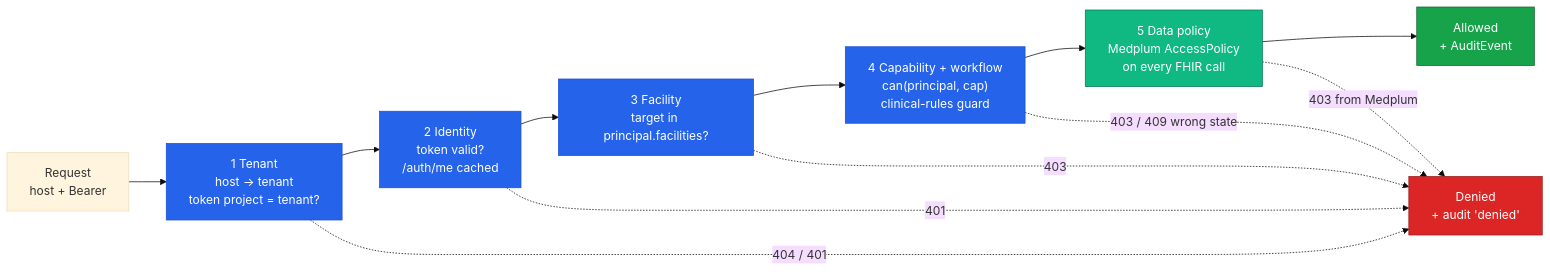
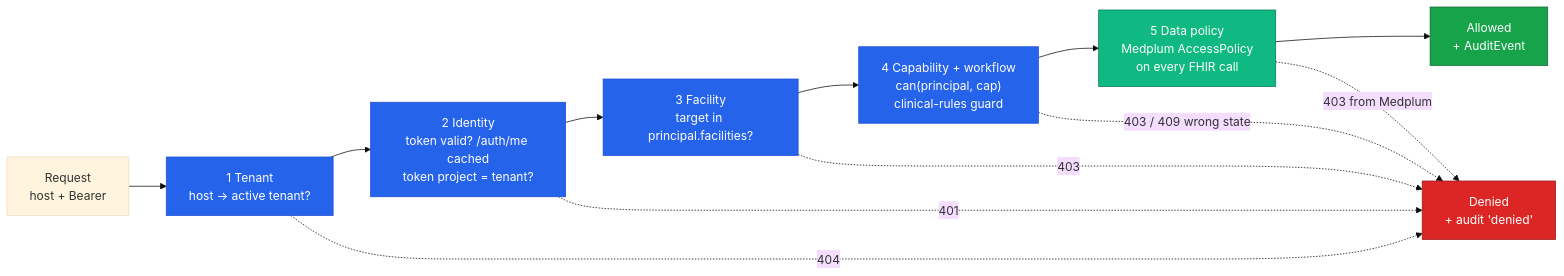
The fifth of 14 diagrams in docs/product/08-identity-access-and-tenancy.md (imRahul05/ASC-EHR), drawn with Mermaid (base theme) before and after one commit. The commit also changed other lines of this file and 10 other files, not shown here.

First line of the commit message:
docs: interactive IAM diagrams (Archify) and gate 1/2 wording fix

````diff
--- a/docs/product/08-identity-access-and-tenancy.md
+++ b/docs/product/08-identity-access-and-tenancy.md
@@ -406,20 +416,20 @@
 ```mermaid
 flowchart LR
     classDef gate fill:#2563eb,color:#fff,stroke:#1d4ed8
     classDef mp fill:#10b981,color:#fff,stroke:#047857
     classDef deny fill:#dc2626,color:#fff,stroke:#991b1b
     classDef ok fill:#16a34a,color:#fff,stroke:#166534
 
     R["Request<br/>host + Bearer"] --> G1
-    G1["1 Tenant<br/>host → tenant<br/>token project = tenant?"]:::gate --> G2
-    G2["2 Identity<br/>token valid?<br/>/auth/me cached"]:::gate --> G3
+    G1["1 Tenant<br/>host → active tenant?"]:::gate --> G2
+    G2["2 Identity<br/>token valid? /auth/me cached<br/>token project = tenant?"]:::gate --> G3
     G3["3 Facility<br/>target in principal.facilities?"]:::gate --> G4
     G4["4 Capability + workflow<br/>can(principal, cap)<br/>clinical-rules guard"]:::gate --> G5
     G5["5 Data policy<br/>Medplum AccessPolicy<br/>on every FHIR call"]:::mp --> OK["Allowed<br/>+ AuditEvent"]:::ok
 
-    G1 -.->|"404 / 401"| D["Denied<br/>+ audit 'denied'"]:::deny
+    G1 -.->|"404"| D["Denied<br/>+ audit 'denied'"]:::deny
     G2 -.->|"401"| D
     G3 -.->|"403"| D
     G4 -.->|"403 / 409 wrong state"| D
     G5 -.->|"403 from Medplum"| D
 ```
````
